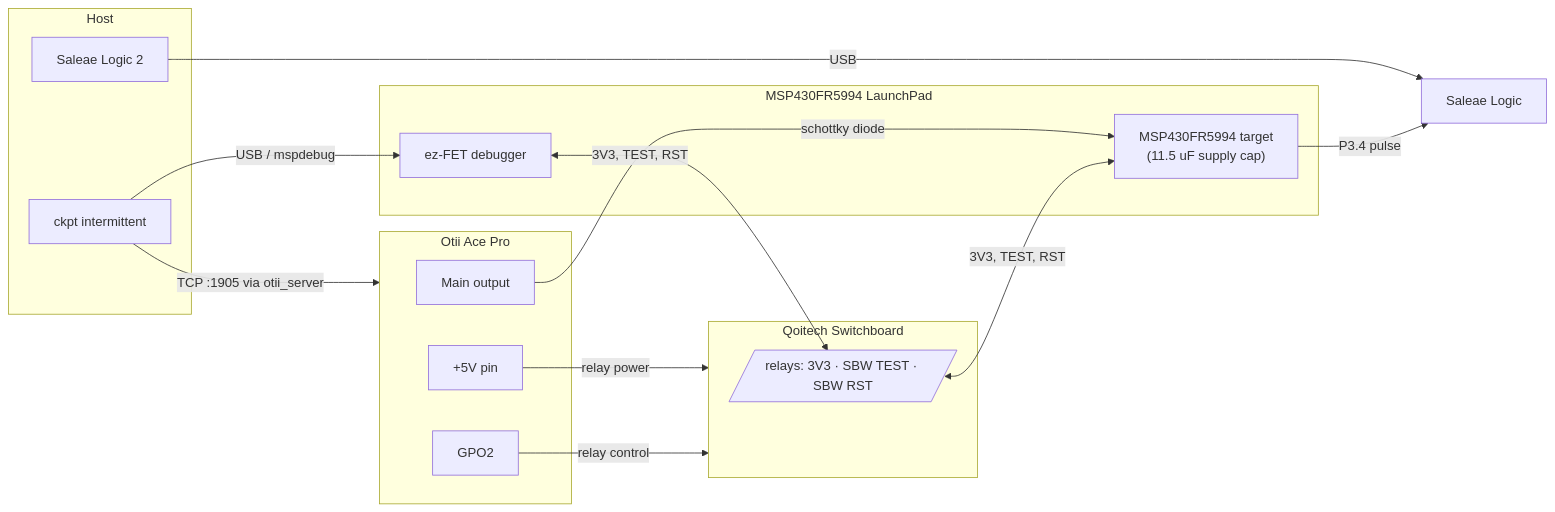
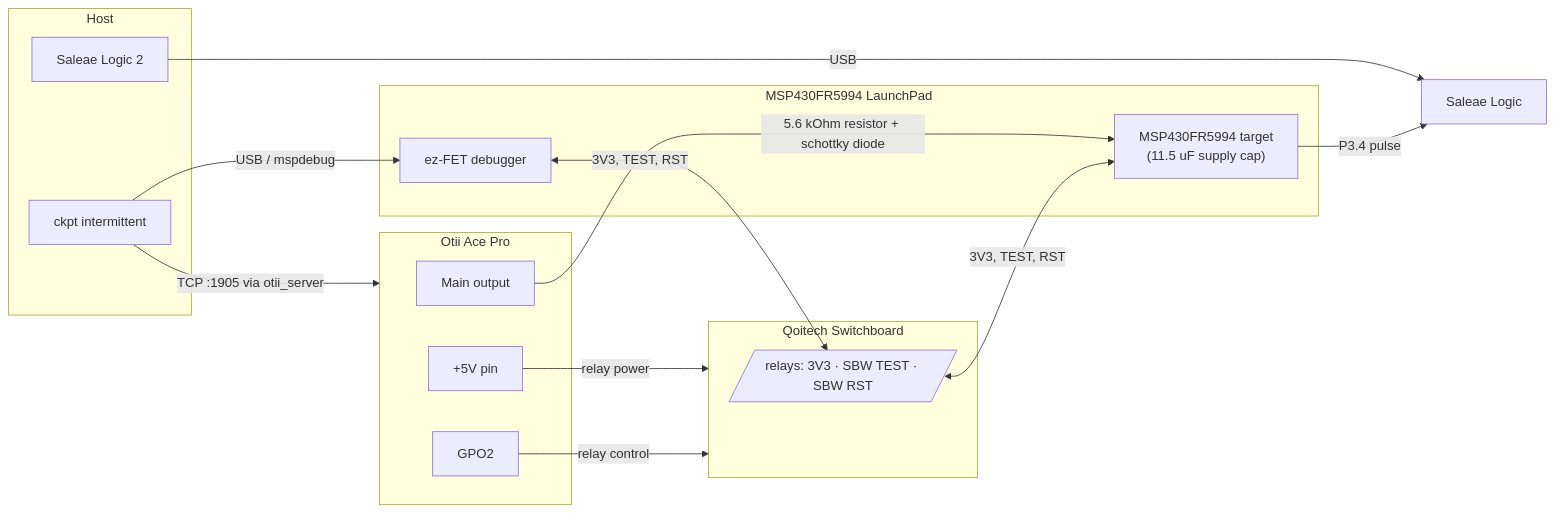
One commit to byeongjee/bao changed the diagram in docs/intermittent.md. Above: the diagram before and after it, drawn with Mermaid. The commit also changed other lines of this file, not shown here.

Commit message:
Add 5.6 kOhm series resistor to intermittent wiring doc

````diff
--- a/docs/intermittent.md
+++ b/docs/intermittent.md
@@ -28,35 +31,35 @@
 ```mermaid
 flowchart LR
     subgraph HOST[Host]
         ckpt[ckpt intermittent]
         logic2[Saleae Logic 2]
     end
 
     subgraph OTII[Otii Ace Pro]
         main[Main output]
         p5v[+5V pin]
         gpo2[GPO2]
     end
 
     subgraph SB[Qoitech Switchboard]
         relay[/"relays: 3V3 · SBW TEST · SBW RST"/]
     end
 
     subgraph LP[MSP430FR5994 LaunchPad]
         ezfet[ez-FET debugger]
         mcu["MSP430FR5994 target<br/>(11.5 uF supply cap)"]
     end
 
     saleae[Saleae Logic]
 
     ckpt -->|USB / mspdebug| ezfet
     ckpt -->|TCP :1905 via otii_server| OTII
     logic2 -->|USB| saleae
 
-    main -->|schottky diode| mcu
+    main -->|5.6 kOhm resistor + schottky diode| mcu
     p5v -->|relay power| SB
     gpo2 -->|relay control| SB
     ezfet <-->|3V3, TEST, RST| relay
     relay <-->|3V3, TEST, RST| mcu
     mcu -->|P3.4 pulse| saleae
 ```
````
